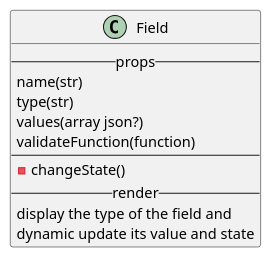
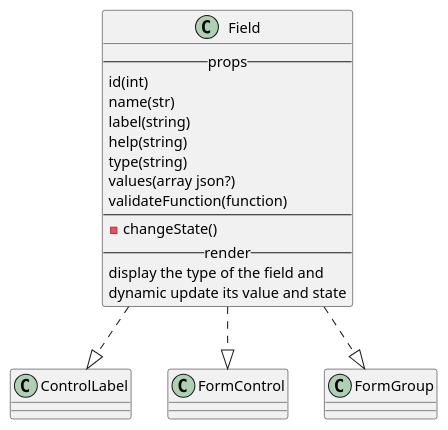
One commit to M9k/Marvin-Uml changed the diagram in react/custom/field.iuml. Above: the diagram before and after it, drawn with PlantUML. The commit also changed 14 other files, not shown here.

```diff
--- a/react/custom/field.iuml
+++ b/react/custom/field.iuml
@@ -1,12 +1,18 @@
 class Field{
     --props--
+        id(int)
         name(str)
-        type(str)
+        label(string)
+        help(string)
+        type(string)
         values(array json?)
         validateFunction(function)
     ----
         - changeState()
     --render--
         display the type of the field and
         dynamic update its value and state
 }
+Field ..|> ControlLabel
+Field ..|> FormControl
+Field ..|> FormGroup
```
